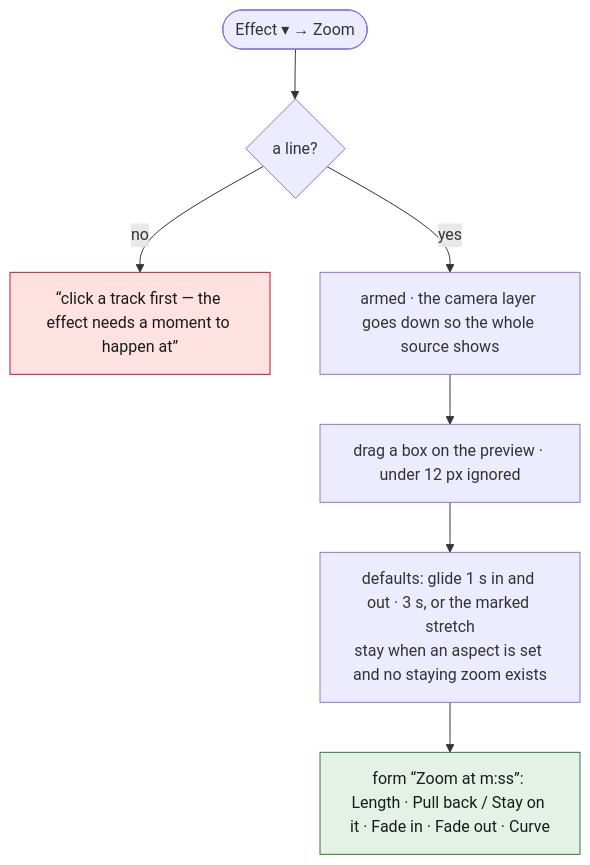
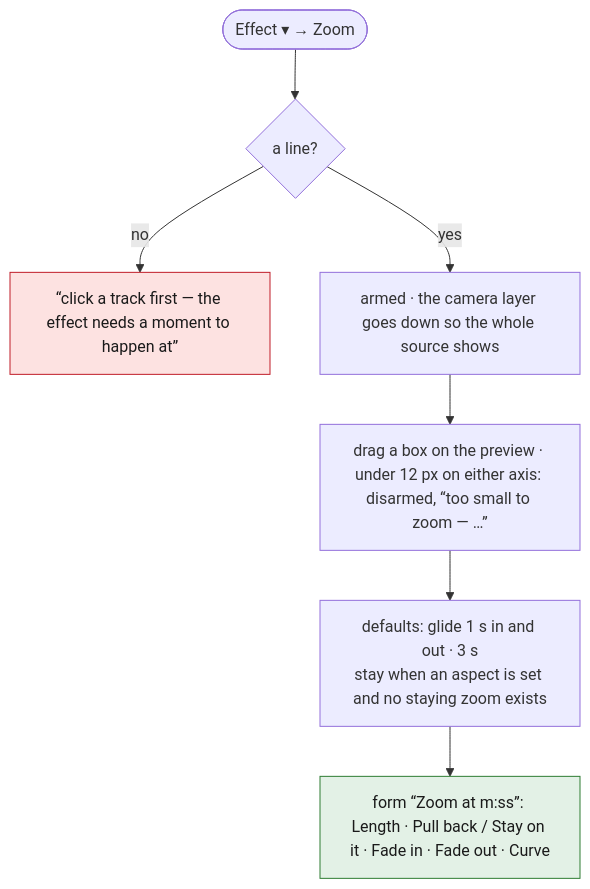
One commit to tbocek/naivepost changed the first of 12 diagrams in spec/06-effects.md. Above: the diagram before and after it, drawn with Mermaid. The commit also changed other lines of this file and 21 other files, not shown here.

````diff
--- a/spec/06-effects.md
+++ b/spec/06-effects.md
@@ -60,12 +60,12 @@
 ```mermaid
 flowchart TD
   A(["Effect ▾ → Zoom"]) --> L{"a line?"}
   L -- no --> R["“click a track first — the effect needs a moment to happen at”"]:::refuse
   L -- yes --> ARM["armed · the camera layer goes down so the whole source shows"]
-  ARM --> D["drag a box on the preview · under 12 px ignored"]
-  D --> DEF["defaults: glide 1 s in and out · 3 s, or the marked stretch<br/>stay when an aspect is set and no staying zoom exists"]
+  ARM --> D["drag a box on the preview · under 12 px on either axis: disarmed, “too small to zoom — …”"]
+  D --> DEF["defaults: glide 1 s in and out · 3 s<br/>stay when an aspect is set and no staying zoom exists"]
   DEF --> F["form “Zoom at m:ss”: Length · Pull back / Stay on it · Fade in · Fade out · Curve"]:::done
   classDef refuse fill:#fde2e1,stroke:#c01c28,color:#1a1a1a
   classDef done fill:#e3f1e6,stroke:#2e7d32,color:#1a1a1a
   classDef ask fill:#e8eefc,stroke:#3a63c8,color:#1a1a1a
 ```
````
